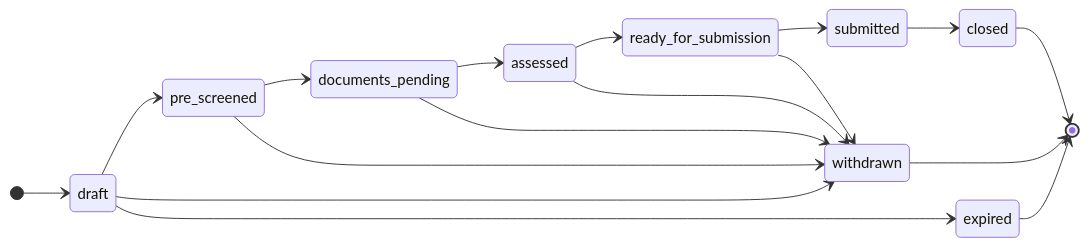
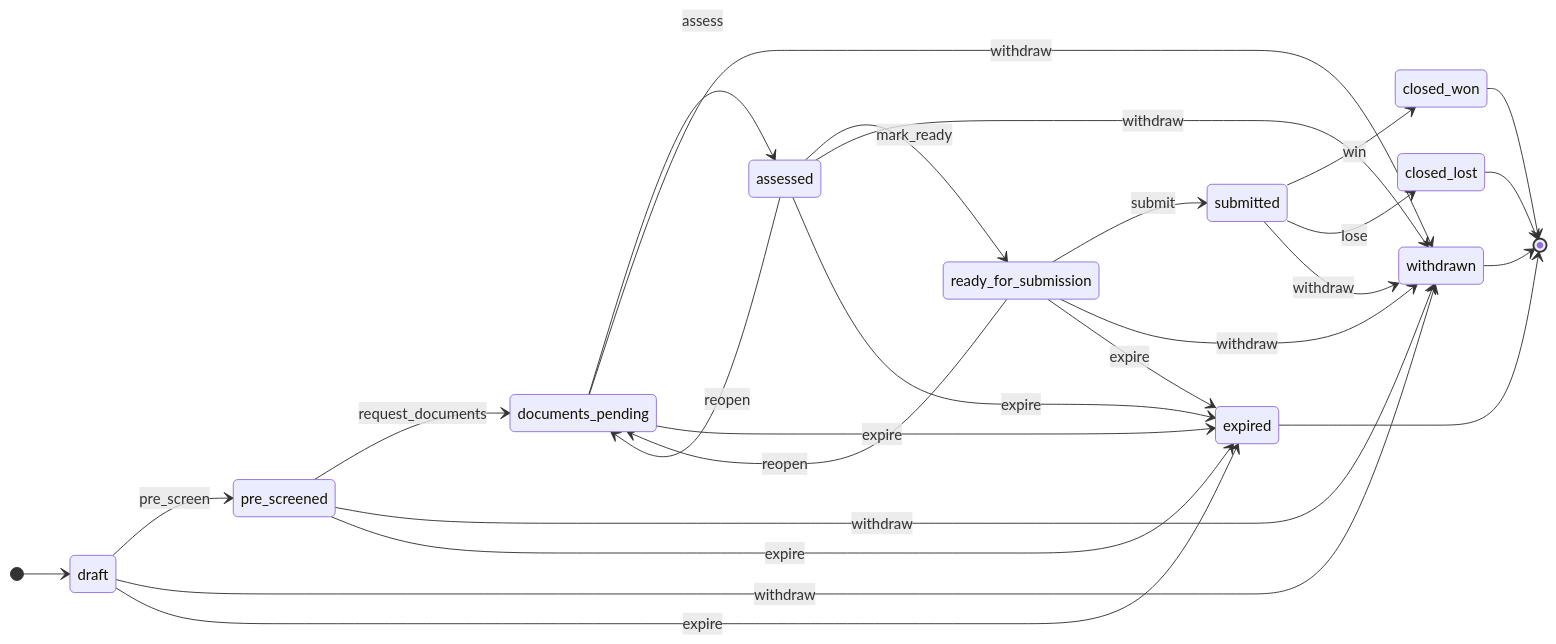
One commit to Shaikhfaruk/fundenflo changed diagram 12 of 14 in docs/ARCHITECTURE.md. Above: the diagram before and after it, drawn with Mermaid. The commit also changed other lines of this file and 65 other files, not shown here.

````diff
--- a/docs/ARCHITECTURE.md
+++ b/docs/ARCHITECTURE.md
@@ -417,20 +421,29 @@
 ```mermaid
 stateDiagram-v2
   direction LR
   [*] --> draft
-  draft --> pre_screened
-  pre_screened --> documents_pending
-  documents_pending --> assessed
-  assessed --> ready_for_submission
-  ready_for_submission --> submitted
-  submitted --> closed
-  draft --> withdrawn
-  pre_screened --> withdrawn
-  documents_pending --> withdrawn
-  assessed --> withdrawn
-  ready_for_submission --> withdrawn
-  draft --> expired
-  closed --> [*]
+  draft --> pre_screened: pre_screen
+  pre_screened --> documents_pending: request_documents
+  documents_pending --> assessed: assess
+  assessed --> ready_for_submission: mark_ready
+  assessed --> documents_pending: reopen
+  ready_for_submission --> documents_pending: reopen
+  ready_for_submission --> submitted: submit
+  submitted --> closed_won: win
+  submitted --> closed_lost: lose
+  draft --> withdrawn: withdraw
+  pre_screened --> withdrawn: withdraw
+  documents_pending --> withdrawn: withdraw
+  assessed --> withdrawn: withdraw
+  ready_for_submission --> withdrawn: withdraw
+  submitted --> withdrawn: withdraw
+  draft --> expired: expire
+  pre_screened --> expired: expire
+  documents_pending --> expired: expire
+  assessed --> expired: expire
+  ready_for_submission --> expired: expire
+  closed_won --> [*]
+  closed_lost --> [*]
   withdrawn --> [*]
   expired --> [*]
 ```
````
